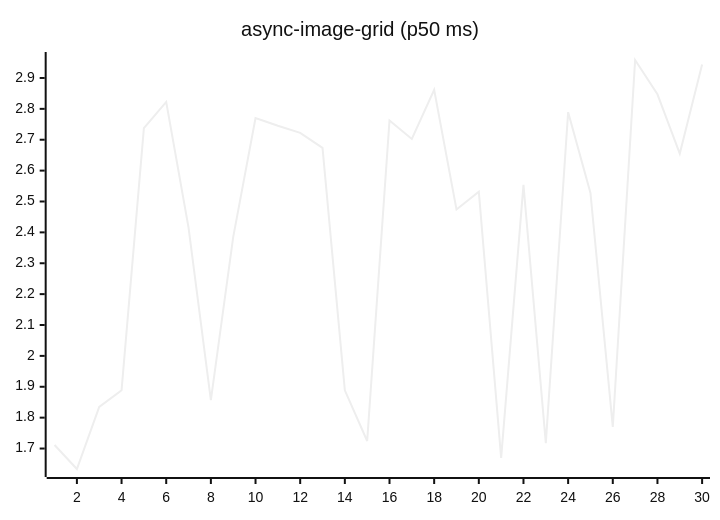
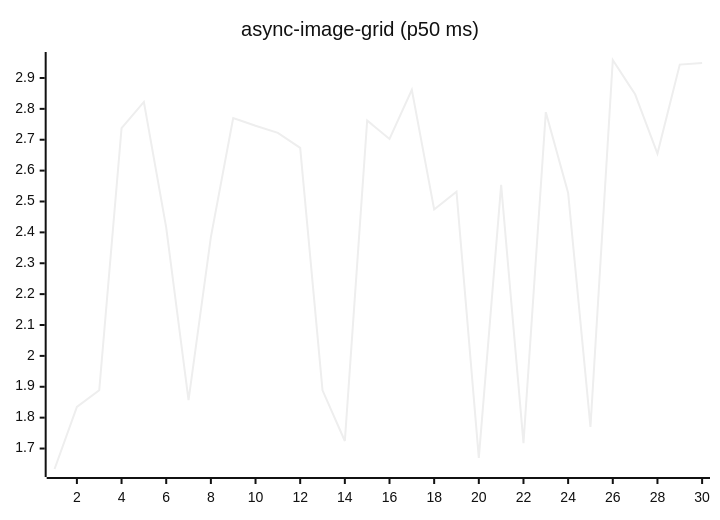
The fifth of 27 diagrams in README.md (josha/Facet), drawn with Mermaid (neutral theme) before and after one commit. The commit also changed other lines of this file and 2 other files, not shown here.

````diff
--- a/README.md
+++ b/README.md
@@ -91,6 +91,6 @@
 ```mermaid
 xychart-beta
     title "async-image-grid (p50 ms)"
     x-axis 1 --> 30
-    line [1.7113, 1.6337, 1.8346, 1.8885, 2.7375, 2.8223, 2.4153, 1.8565, 2.3845, 2.7705, 2.7451, 2.7222, 2.6737, 1.8884, 1.7244, 2.7624, 2.7026, 2.8617, 2.4742, 2.5316, 1.6696, 2.5539, 1.7175, 2.7892, 2.5277, 1.7701, 2.9582, 2.8471, 2.6552, 2.9433]
+    line [1.6337, 1.8346, 1.8885, 2.7375, 2.8223, 2.4153, 1.8565, 2.3845, 2.7705, 2.7451, 2.7222, 2.6737, 1.8884, 1.7244, 2.7624, 2.7026, 2.8617, 2.4742, 2.5316, 1.6696, 2.5539, 1.7175, 2.7892, 2.5277, 1.7701, 2.9582, 2.8471, 2.6552, 2.9433, 2.9481]
 ```
````
